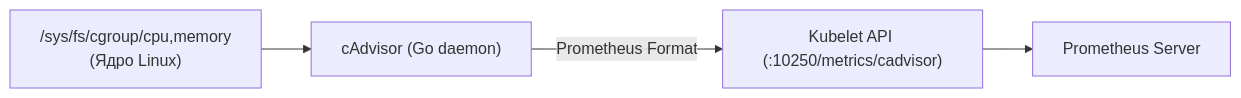
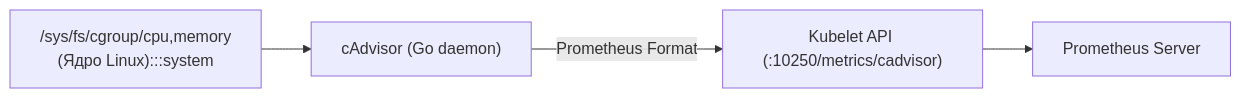
One commit to UnrealTemplier/go-textbook changed the third of 3 diagrams in sources/19. Инфраструктура. Linux, nginx, Docker, Kubernetes/05. Практика/4. Мониторинг инфраструктуры.md. Above: the diagram before and after it, drawn with Mermaid. The commit also changed other lines of this file and 1666 other files, not shown here.

First line of the commit message:
feat(mermaid): add semantic color classDef to 1369 colorless flowchart/graph diagrams

````diff
--- a/sources/19. Инфраструктура. Linux, nginx, Docker, Kubernetes/05. Практика/4. Мониторинг инфраструктуры.md
+++ b/sources/19. Инфраструктура. Linux, nginx, Docker, Kubernetes/05. Практика/4. Мониторинг инфраструктуры.md
@@ -90,6 +110,16 @@
 ```mermaid
 flowchart LR
-    Cgroup["/sys/fs/cgroup/cpu,memory\n(Ядро Linux)"] --> cAdv["cAdvisor (Go daemon)"]
+    classDef process  fill:#1e293b,stroke:#38bdf8,stroke-width:1px,color:#f8fafc
+    classDef success  fill:#064e3b,stroke:#34d399,stroke-width:1px,color:#f8fafc
+    classDef error    fill:#7f1d1d,stroke:#f87171,stroke-width:1px,color:#f8fafc
+    classDef warning  fill:#78350f,stroke:#fbbf24,stroke-width:1px,color:#f8fafc
+    classDef entry    fill:#1e3a5f,stroke:#38bdf8,stroke-width:2px,color:#f8fafc
+    classDef aux      fill:#334155,stroke:#64748b,stroke-width:1px,color:#f8fafc
+    classDef system   fill:#312e81,stroke:#a78bfa,stroke-width:1px,color:#f8fafc
+    classDef data     fill:#132d29,stroke:#2dd4bf,stroke-width:1px,color:#f8fafc
+    classDef network  fill:#881337,stroke:#fb7185,stroke-width:1px,color:#f8fafc
+    classDef accent   fill:#1e1b4b,stroke:#818cf8,stroke-width:1px,color:#f8fafc
+    Cgroup["/sys/fs/cgroup/cpu,memory\n(Ядро Linux):::system"] --> cAdv["cAdvisor (Go daemon)"]
     cAdv -->|"Prometheus Format"| Kubelet["Kubelet API (:10250/metrics/cadvisor)"]
     Kubelet --> Prom["Prometheus Server"]
 ```
````
